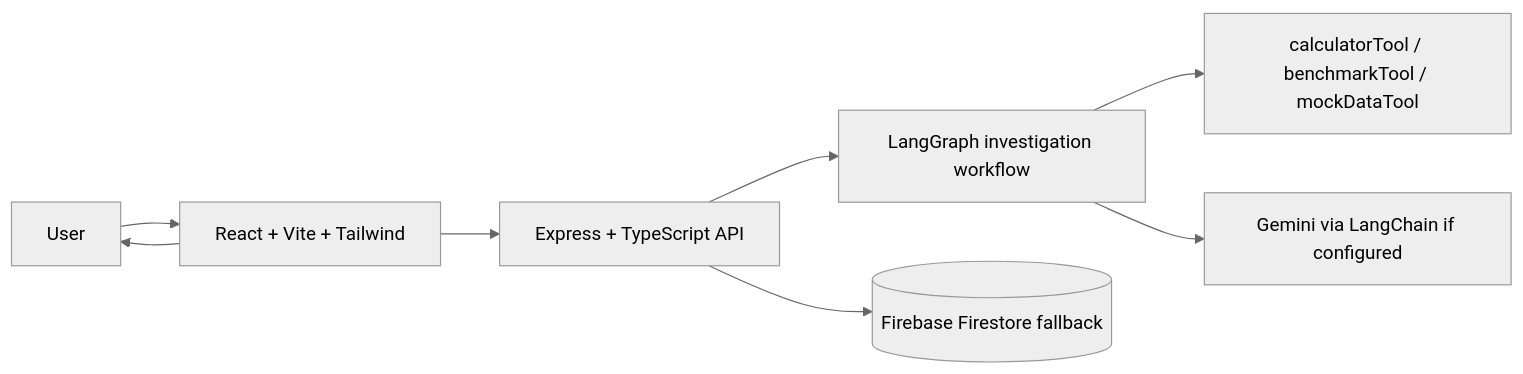
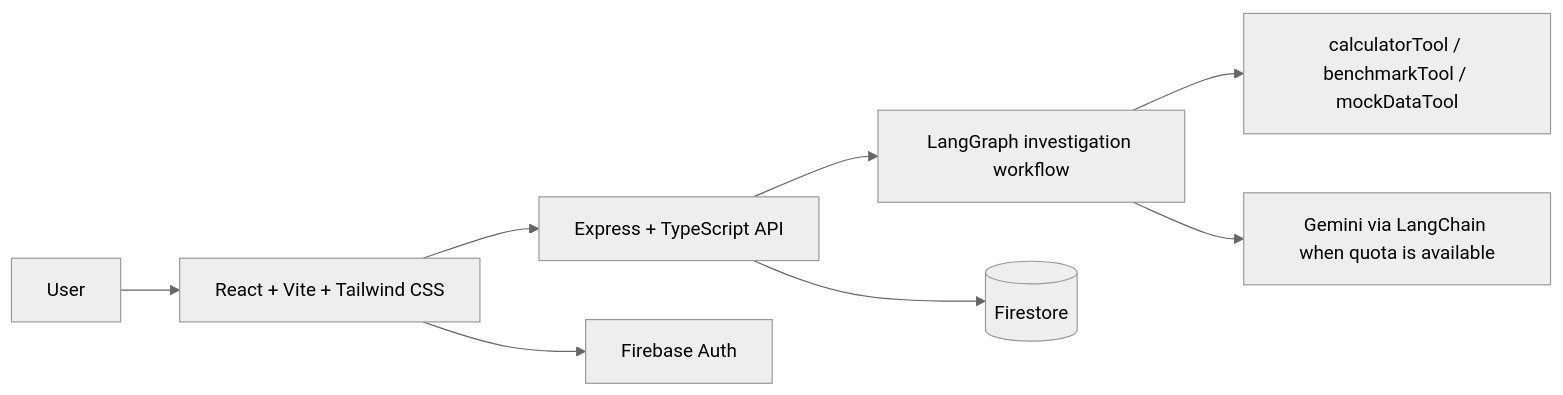
One commit to tanmayyyyayyy/Morphos changed the diagram in README.md. Above: the diagram before and after it, drawn with Mermaid (neutral theme). The commit also changed other lines of this file and 6 other files, not shown here.

````diff
--- a/README.md
+++ b/README.md
@@ -7,10 +42,10 @@
 ```mermaid
 flowchart LR
-  User --> Frontend[React + Vite + Tailwind]
+  User --> Frontend[React + Vite + Tailwind CSS]
   Frontend --> API[Express + TypeScript API]
   API --> Graph[LangGraph investigation workflow]
   Graph --> Tools[calculatorTool / benchmarkTool / mockDataTool]
-  Graph --> LLM[Gemini via LangChain if configured]
-  API --> Firebase[(Firebase Firestore fallback)]
-  Frontend --> User
+  Graph --> Gemini[Gemini via LangChain when quota is available]
+  Frontend --> FirebaseAuth[Firebase Auth]
+  API --> Firestore[(Firestore)]
 ```
````
